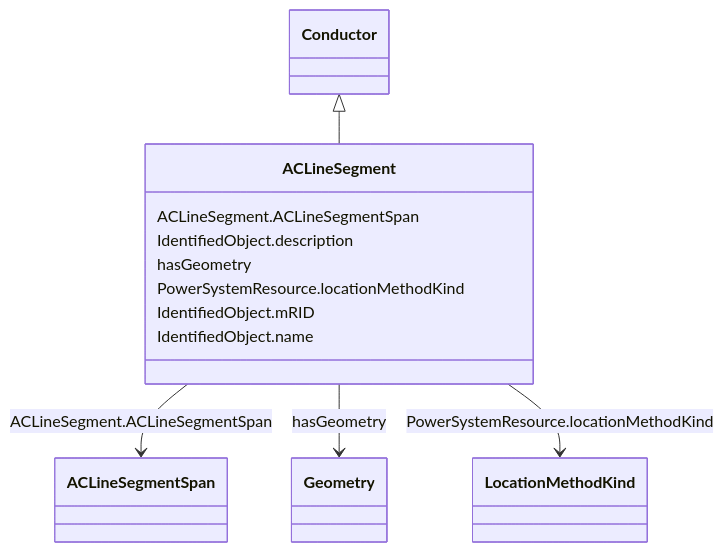
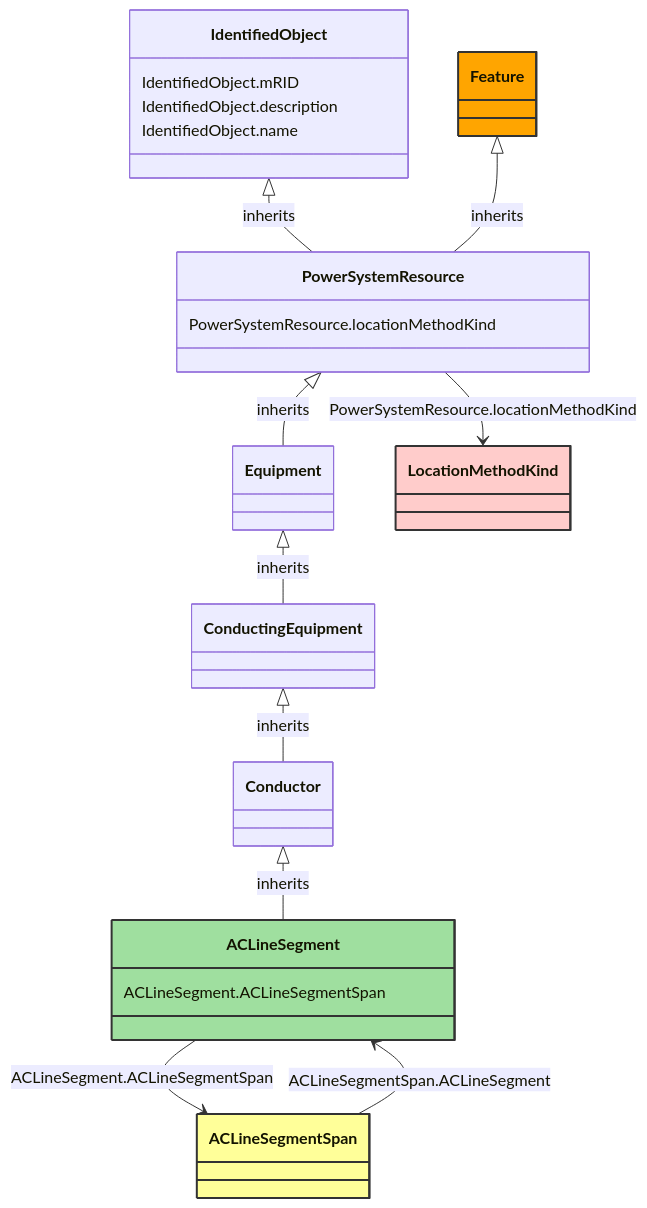
Before and after one commit to 3lbits/NoCIMExtensions: the diagram in docs/AviationObstacle/ACLineSegment.md, drawn with Mermaid. The commit also changed other lines of this file and 177 other files, not shown here.

````diff
--- a/docs/AviationObstacle/ACLineSegment.md
+++ b/docs/AviationObstacle/ACLineSegment.md
@@ -16,30 +8,58 @@
 ```mermaid
- classDiagram
+classDiagram
     class ACLineSegment
-    click ACLineSegment href "../ACLineSegment"
-      Conductor <|-- ACLineSegment
-        click Conductor href "../Conductor"
-      
-      ACLineSegment : ACLineSegment.ACLineSegmentSpan
-        
-          ACLineSegment --> ACLineSegmentSpan : ACLineSegment.ACLineSegmentSpan
-          click ACLineSegmentSpan href "../ACLineSegmentSpan"
-        
-      ACLineSegment : IdentifiedObject.description
-        
-      ACLineSegment : hasGeometry
-        
-          ACLineSegment --> Geometry : hasGeometry
-          click Geometry href "../Geometry"
-        
-      ACLineSegment : PowerSystemResource.locationMethodKind
-        
-          ACLineSegment --> LocationMethodKind : PowerSystemResource.locationMethodKind
-          click LocationMethodKind href "../LocationMethodKind"
-        
-      ACLineSegment : IdentifiedObject.mRID
-        
-      ACLineSegment : IdentifiedObject.name
-        
-      
+    click ACLineSegment href "/AviationObstacle/ACLineSegment/"
+    style ACLineSegment fill:#9fdf9f,stroke:#333,stroke-width:2px,rx:10,ry:10
+
+        Conductor <|-- ACLineSegment : inherits
+            click Conductor href "/AviationObstacle/Conductor/"
+            style Conductor rx:10,ry:10
+
+        ACLineSegment
+            click ACLineSegment href "/AviationObstacle/ACLineSegment/"
+            style ACLineSegment rx:10,ry:10
+
+        ConductingEquipment <|-- Conductor : inherits
+            click ConductingEquipment href "/AviationObstacle/ConductingEquipment/"
+            style ConductingEquipment rx:10,ry:10
+
+        Equipment <|-- ConductingEquipment : inherits
+            click Equipment href "/AviationObstacle/Equipment/"
+            style Equipment rx:10,ry:10
+
+        PowerSystemResource <|-- Equipment : inherits
+            click PowerSystemResource href "/AviationObstacle/PowerSystemResource/"
+            style PowerSystemResource rx:10,ry:10
+
+        IdentifiedObject <|-- PowerSystemResource : inherits
+            click IdentifiedObject href "/AviationObstacle/IdentifiedObject/"
+            style IdentifiedObject rx:10,ry:10
+
+        Feature <|-- PowerSystemResource : inherits
+            click Feature href "/AviationObstacle/Feature/"
+            style Feature fill:#FFA500,stroke:#333,stroke-width:2px,rx:10,ry:10
+
+        ACLineSegment --> ACLineSegmentSpan : ACLineSegment.ACLineSegmentSpan
+
+        ACLineSegmentSpan
+            click ACLineSegmentSpan href "/AviationObstacle/ACLineSegmentSpan/"
+            style ACLineSegmentSpan fill:#ffff99,stroke:#333,stroke-width:2px,rx:10,ry:10
+
+        ACLineSegmentSpan --> ACLineSegment : ACLineSegmentSpan.ACLineSegment
+
+        ACLineSegmentSpan
+            click ACLineSegmentSpan href "/AviationObstacle/ACLineSegmentSpan/"
+            style ACLineSegmentSpan fill:#ffff99,stroke:#333,stroke-width:2px,rx:10,ry:10
+
+        PowerSystemResource --> LocationMethodKind : PowerSystemResource.locationMethodKind
+
+        LocationMethodKind
+            click LocationMethodKind href "/AviationObstacle/LocationMethodKind/"
+            style LocationMethodKind fill:#FFCCCB,stroke:#333,stroke-width:2px,rx:10,ry:10
+
+        ACLineSegment : ACLineSegment.ACLineSegmentSpan
+        PowerSystemResource : PowerSystemResource.locationMethodKind
+        IdentifiedObject : IdentifiedObject.mRID
+        IdentifiedObject : IdentifiedObject.description
+        IdentifiedObject : IdentifiedObject.name
 ```
````
